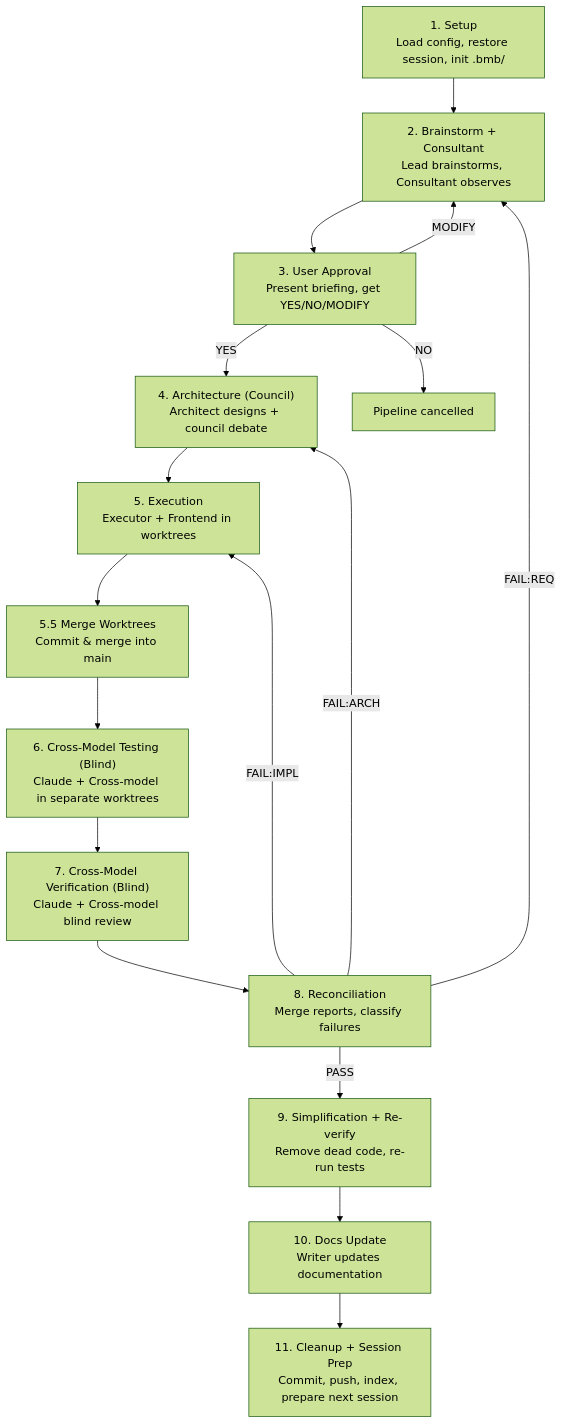
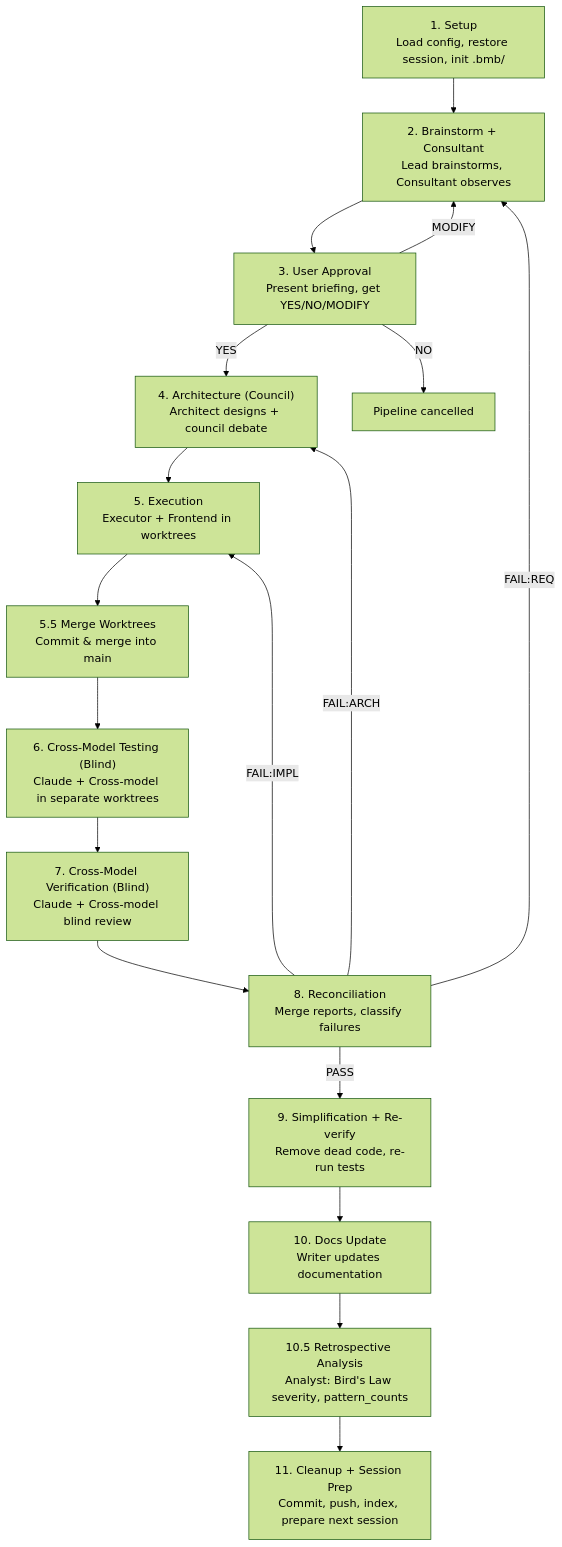
Before and after one commit to blacklettertimeoff432/be-my-butler: the second of 2 diagrams in docs/architecture.md, drawn with Mermaid (forest theme). The commit also changed other lines of this file and 13 other files, not shown here.

````diff
--- a/docs/architecture.md
+++ b/docs/architecture.md
@@ -102,25 +114,26 @@
 ```mermaid
 flowchart TD
     S1["1. Setup<br/>Load config, restore session, init .bmb/"]
     S2["2. Brainstorm + Consultant<br/>Lead brainstorms, Consultant observes"]
     S3["3. User Approval<br/>Present briefing, get YES/NO/MODIFY"]
     S4["4. Architecture (Council)<br/>Architect designs + council debate"]
     S5["5. Execution<br/>Executor + Frontend in worktrees"]
     S55["5.5 Merge Worktrees<br/>Commit & merge into main"]
     S6["6. Cross-Model Testing (Blind)<br/>Claude + Cross-model in separate worktrees"]
     S7["7. Cross-Model Verification (Blind)<br/>Claude + Cross-model blind review"]
     S8["8. Reconciliation<br/>Merge reports, classify failures"]
     S9["9. Simplification + Re-verify<br/>Remove dead code, re-run tests"]
     S10["10. Docs Update<br/>Writer updates documentation"]
+    S105["10.5 Retrospective Analysis<br/>Analyst: Bird's Law severity, pattern_counts"]
     S11["11. Cleanup + Session Prep<br/>Commit, push, index, prepare next session"]
 
     S1 --> S2 --> S3
     S3 -->|YES| S4
     S3 -->|NO| END["Pipeline cancelled"]
     S3 -->|MODIFY| S2
     S4 --> S5 --> S55 --> S6 --> S7 --> S8
-    S8 -->|PASS| S9 --> S10 --> S11
+    S8 -->|PASS| S9 --> S10 --> S105 --> S11
     S8 -->|FAIL:IMPL| S5
     S8 -->|FAIL:ARCH| S4
     S8 -->|FAIL:REQ| S2
 ```
````
